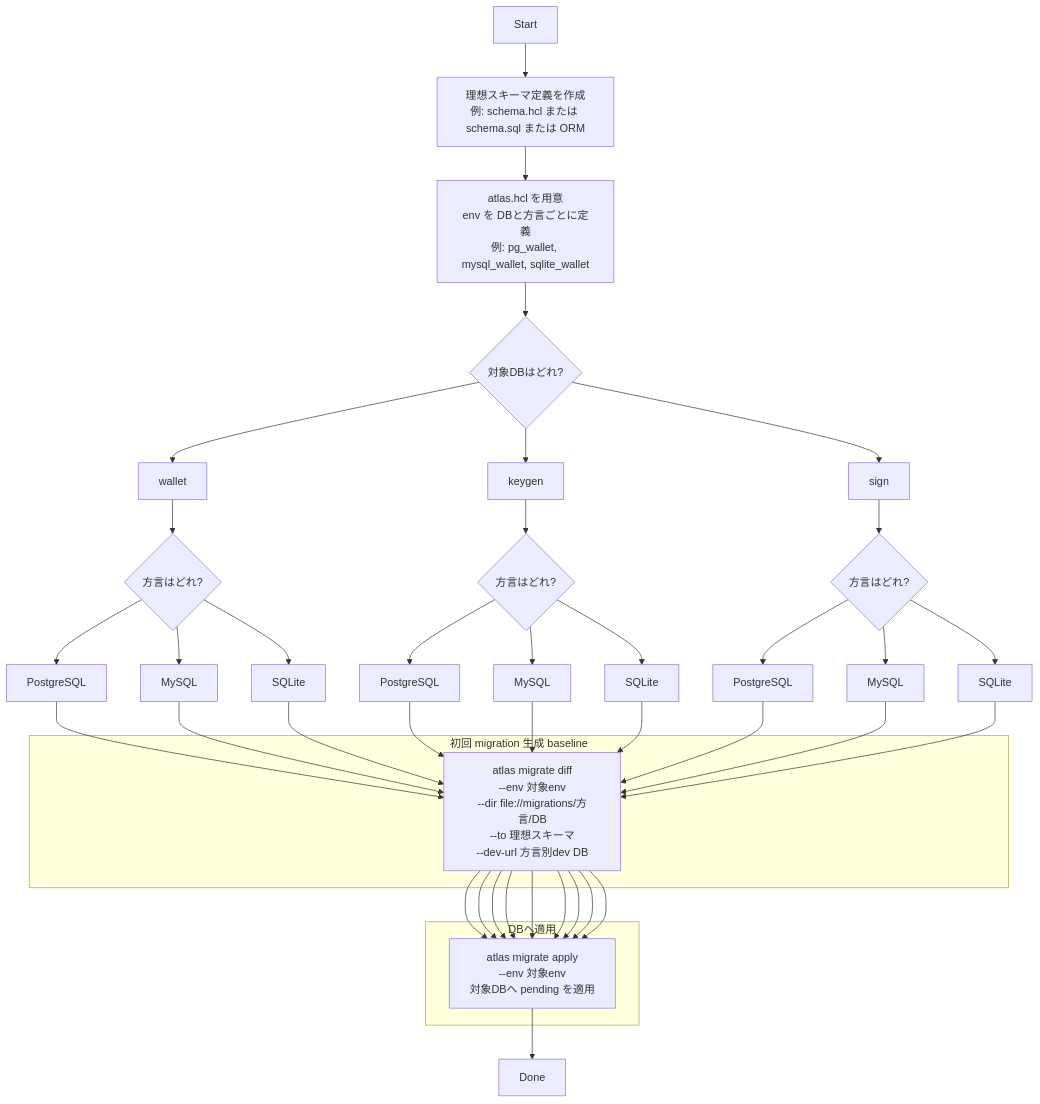
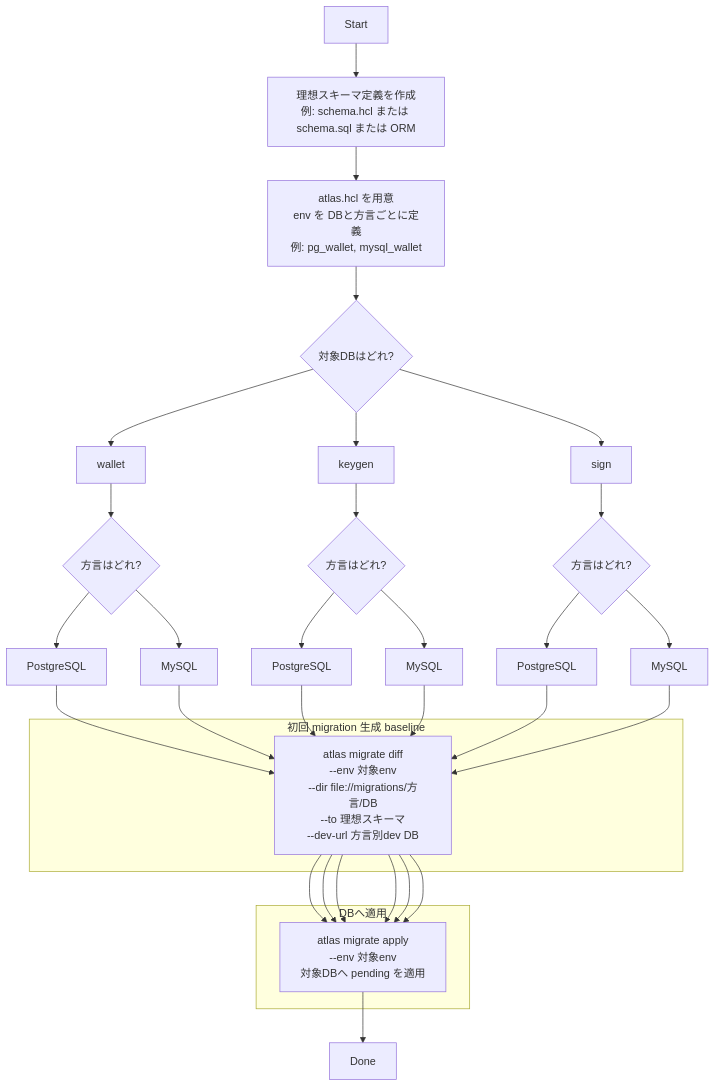
One commit to hiromaily/go-crypto-wallet changed the first of 2 diagrams in docs/database/atlas-migration-flow.md. Above: the diagram before and after it, drawn with Mermaid. The commit also changed other lines of this file and 89 other files, not shown here.

````diff
--- a/docs/database/atlas-migration-flow.md
+++ b/docs/database/atlas-migration-flow.md
@@ -9,50 +11,44 @@
 ```mermaid
 flowchart TD
   A[Start] --> B[理想スキーマ定義を作成\n例: schema.hcl または schema.sql または ORM]
-  B --> C[atlas.hcl を用意\nenv を DBと方言ごとに定義\n例: pg_wallet, mysql_wallet, sqlite_wallet]
+  B --> C[atlas.hcl を用意\nenv を DBと方言ごとに定義\n例: pg_wallet, mysql_wallet]
   C --> D{対象DBはどれ?}
 
   D --> W[wallet]
   D --> K[keygen]
   D --> S[sign]
 
   %% wallet dialect
   W --> Wd{方言はどれ?}
   Wd --> Wpg[PostgreSQL]
   Wd --> Wmy[MySQL]
-  Wd --> Wsq[SQLite]
 
   %% keygen dialect
   K --> Kd{方言はどれ?}
   Kd --> Kpg[PostgreSQL]
   Kd --> Kmy[MySQL]
-  Kd --> Ksq[SQLite]
 
   %% sign dialect
   S --> Sd{方言はどれ?}
   Sd --> Spg[PostgreSQL]
   Sd --> Smy[MySQL]
-  Sd --> Ssq[SQLite]
 
   subgraph G[初回 migration 生成 baseline]
     G1[atlas migrate diff\n--env 対象env\n--dir file://migrations/方言/DB\n--to 理想スキーマ\n--dev-url 方言別dev DB]
   end
 
   subgraph AP[DBへ適用]
     AP1[atlas migrate apply\n--env 対象env\n対象DBへ pending を適用]
   end
 
   Wpg --> G1 --> AP1
   Wmy --> G1 --> AP1
-  Wsq --> G1 --> AP1
 
   Kpg --> G1 --> AP1
   Kmy --> G1 --> AP1
-  Ksq --> G1 --> AP1
 
   Spg --> G1 --> AP1
   Smy --> G1 --> AP1
-  Ssq --> G1 --> AP1
 
   AP1 --> Z[Done]
 ```
````
